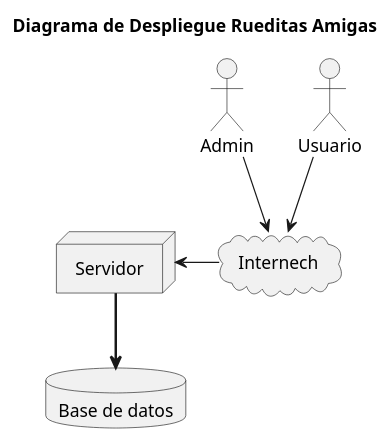
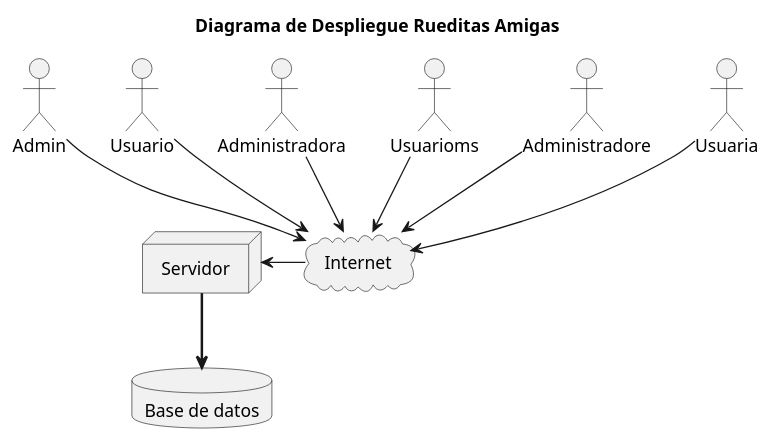
The diagram in diagrams/DiagramaDeDespliegue.puml (lrizzitano/RueditasAmigasDespliegue), drawn with PlantUML before and after one commit.

Commit message:
pruebo con muchos actores

```diff
--- a/diagrams/DiagramaDeDespliegue.puml
+++ b/diagrams/DiagramaDeDespliegue.puml
@@ -1,22 +1,30 @@
 @startuml DiagramaDeDespliegue
 'https://plantuml.com/deployment-diagram
 
 title Diagrama de Despliegue Rueditas Amigas
 
 
 actor "Admin"
 actor "Usuario"
+actor "Administradora"
+actor "Usuarioms"
+actor "Administradore"
+actor "Usuaria"
 
-cloud "Internech"
+cloud "Internet"
 
 node "Servidor"
 
 database "Base de datos"
 
-"Usuario" --> "Internech"
-"Admin" --> "Internech"
+"Usuario" --> "Internet"
+"Admin" --> "Internet"
+"Usuarioms" --> "Internet"
+"Administradora" --> "Internet"
+"Usuaria" --> "Internet"
+"Administradore" --> "Internet"
 
-"Internech" -l-> "Servidor"
+"Internet" -l-> "Servidor"
 
 "Servidor" -[bold]-> "Base de datos"
 @enduml
```
